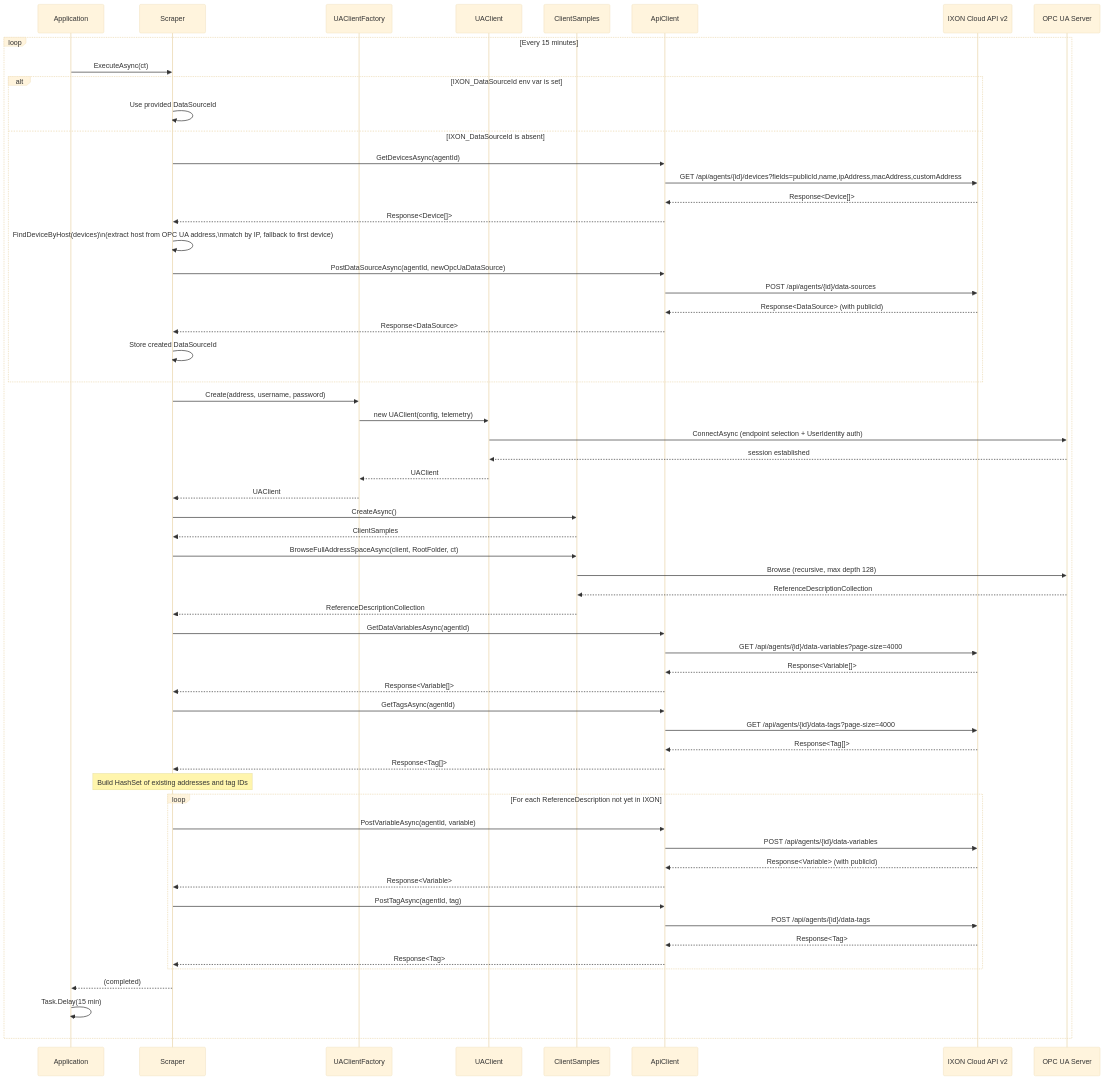
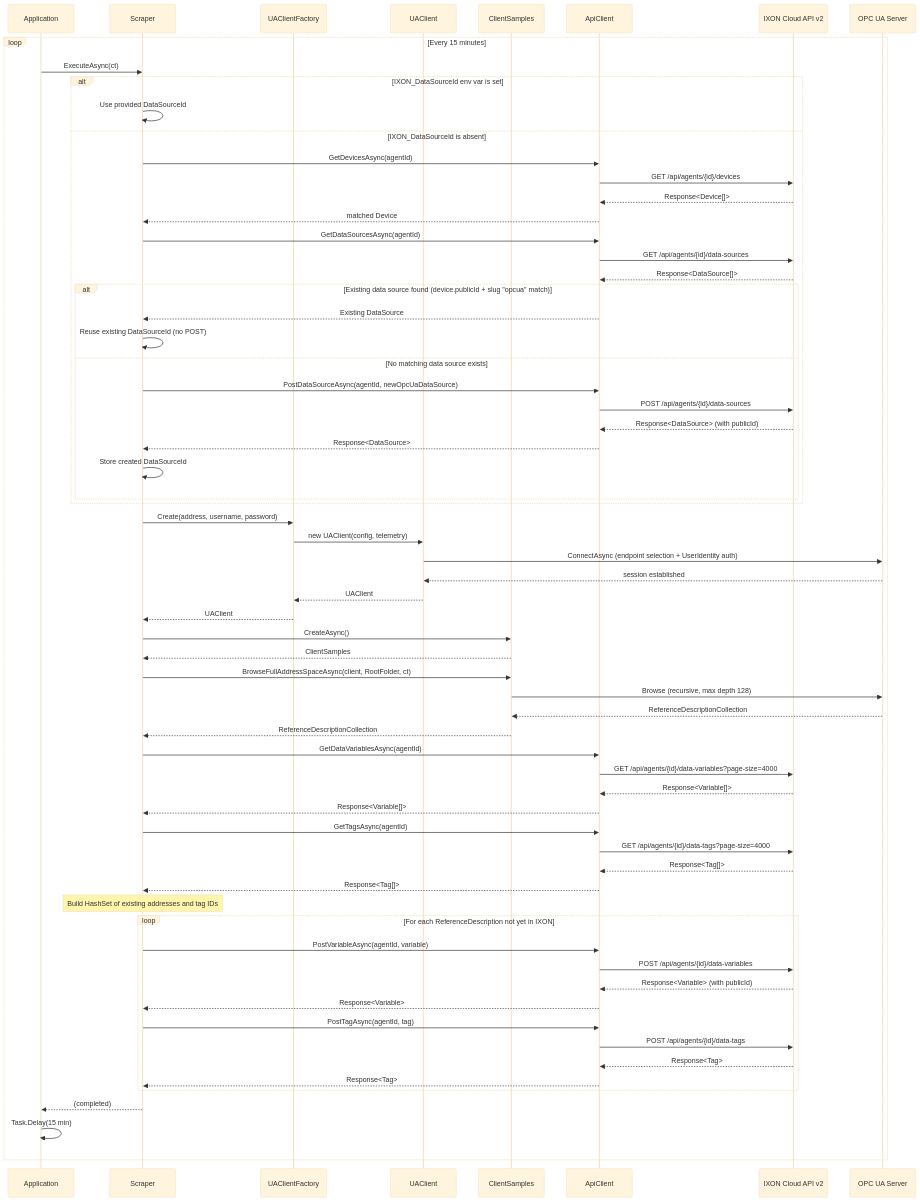
One commit to Rebel-it/rebel-ot-discover-edgeapp changed the first of 3 diagrams in docs/06_runtime_view.adoc. Above: the diagram before and after it, drawn with Mermaid (base theme). The commit also changed other lines of this file and 24 other files, not shown here.

```diff
--- a/docs/06_runtime_view.adoc
+++ b/docs/06_runtime_view.adoc
@@ -10,73 +10,82 @@
 [mermaid]
 ....
 sequenceDiagram
     participant App as Application
     participant Sc as Scraper
     participant UF as UAClientFactory
     participant UA as UAClient
     participant CS as ClientSamples
     participant AC as ApiClient
     participant IXON as IXON Cloud API v2
     participant OPC as OPC UA Server
 
     loop Every 15 minutes
         App->>Sc: ExecuteAsync(ct)
 
         alt IXON_DataSourceId env var is set
             Sc->>Sc: Use provided DataSourceId
         else IXON_DataSourceId is absent
             Sc->>AC: GetDevicesAsync(agentId)
-            AC->>IXON: GET /api/agents/{id}/devices?fields=publicId,name,ipAddress,macAddress,customAddress
+            AC->>IXON: GET /api/agents/{id}/devices
             IXON-->>AC: Response<Device[]>
-            AC-->>Sc: Response<Device[]>
-            Sc->>Sc: FindDeviceByHost(devices)\n(extract host from OPC UA address,\nmatch by IP, fallback to first device)
-            Sc->>AC: PostDataSourceAsync(agentId, newOpcUaDataSource)
-            AC->>IXON: POST /api/agents/{id}/data-sources
-            IXON-->>AC: Response<DataSource> (with publicId)
-            AC-->>Sc: Response<DataSource>
-            Sc->>Sc: Store created DataSourceId
+            AC-->>Sc: matched Device
+
+            Sc->>AC: GetDataSourcesAsync(agentId)
+            AC->>IXON: GET /api/agents/{id}/data-sources
+            IXON-->>AC: Response<DataSource[]>
+
+            alt Existing data source found (device.publicId + slug "opcua" match)
+                AC-->>Sc: Existing DataSource
+                Sc->>Sc: Reuse existing DataSourceId (no POST)
+            else No matching data source exists
+                Sc->>AC: PostDataSourceAsync(agentId, newOpcUaDataSource)
+                AC->>IXON: POST /api/agents/{id}/data-sources
+                IXON-->>AC: Response<DataSource> (with publicId)
+                AC-->>Sc: Response<DataSource>
+                Sc->>Sc: Store created DataSourceId
+            end
         end
 
         Sc->>UF: Create(address, username, password)
         UF->>UA: new UAClient(config, telemetry)
         UA->>OPC: ConnectAsync (endpoint selection + UserIdentity auth)
         OPC-->>UA: session established
         UA-->>UF: UAClient
         UF-->>Sc: UAClient
 
         Sc->>CS: CreateAsync()
         CS-->>Sc: ClientSamples
 
         Sc->>CS: BrowseFullAddressSpaceAsync(client, RootFolder, ct)
         CS->>OPC: Browse (recursive, max depth 128)
         OPC-->>CS: ReferenceDescriptionCollection
         CS-->>Sc: ReferenceDescriptionCollection
 
         Sc->>AC: GetDataVariablesAsync(agentId)
         AC->>IXON: GET /api/agents/{id}/data-variables?page-size=4000
         IXON-->>AC: Response<Variable[]>
         AC-->>Sc: Response<Variable[]>
 
         Sc->>AC: GetTagsAsync(agentId)
         AC->>IXON: GET /api/agents/{id}/data-tags?page-size=4000
         IXON-->>AC: Response<Tag[]>
         AC-->>Sc: Response<Tag[]>
 
         Note over Sc: Build HashSet of existing addresses and tag IDs
 
         loop For each ReferenceDescription not yet in IXON
             Sc->>AC: PostVariableAsync(agentId, variable)
             AC->>IXON: POST /api/agents/{id}/data-variables
             IXON-->>AC: Response<Variable> (with publicId)
             AC-->>Sc: Response<Variable>
 
             Sc->>AC: PostTagAsync(agentId, tag)
             AC->>IXON: POST /api/agents/{id}/data-tags
             IXON-->>AC: Response<Tag>
             AC-->>Sc: Response<Tag>
         end
 
         Sc-->>App: (completed)
         App->>App: Task.Delay(15 min)
     end
 ....
```
